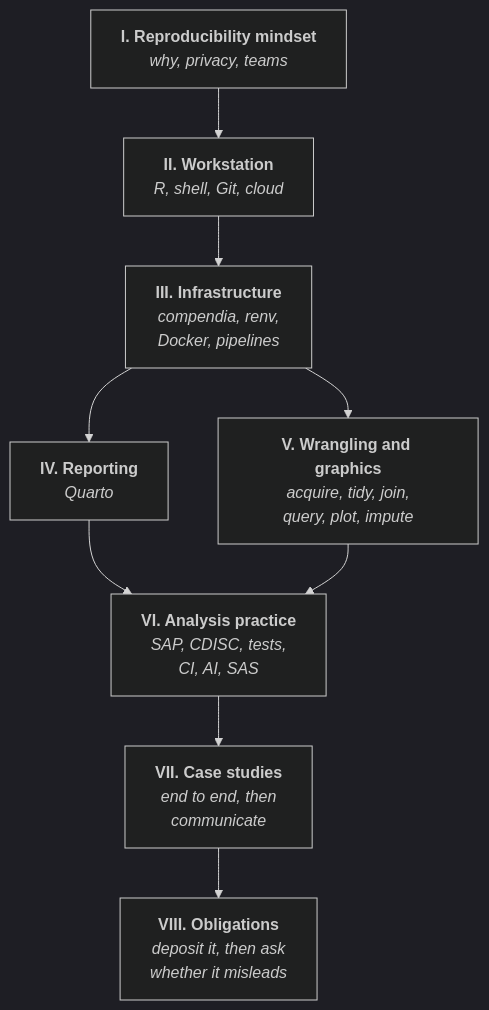
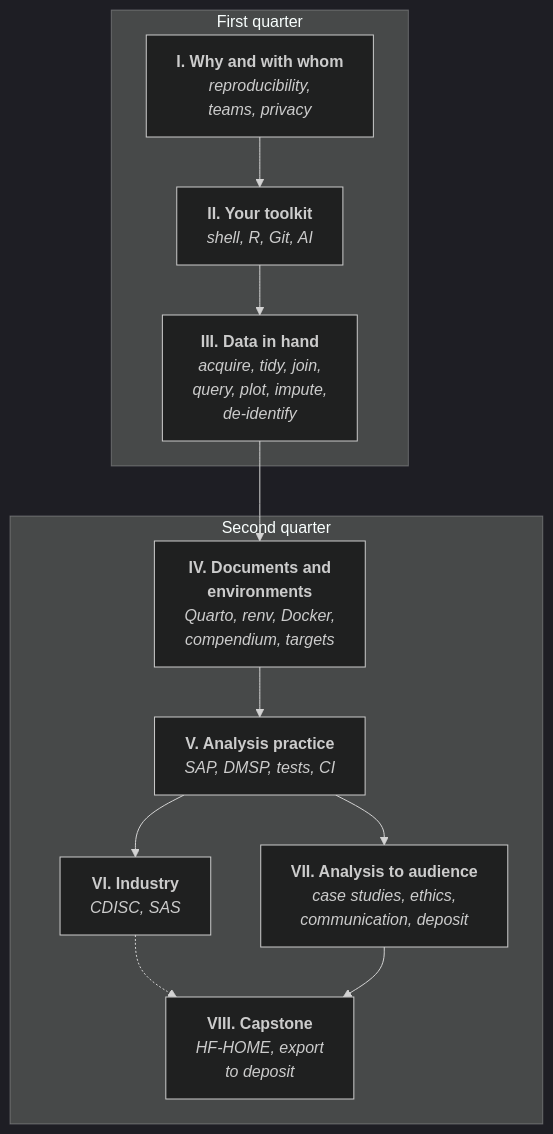
The diagram in analysis/report/00-intro.qmd (rgt47/practicum), drawn with Mermaid (dark theme) before and after one commit. The commit also changed other lines of this file and 103 other files, not shown here.

````diff
--- a/analysis/report/00-intro.qmd
+++ b/analysis/report/00-intro.qmd
@@ -125,30 +101,34 @@
 ```{mermaid}
 %%| echo: false
 %%| label: fig-book-map
-%%| fig-alt: "Flowchart of the book's eight parts as a dependency
-%%|   chain. Mindset leads to Workstation, which leads to
-%%|   Infrastructure. Infrastructure branches to both Reporting and
-%%|   Wrangling and graphics, and those two converge on Analysis
-%%|   practice, which leads to Case studies and finally to
-%%|   Obligations."
+%%| fig-alt: "Flowchart of the book's eight parts in two groups,
+%%|   one per quarter. In the first quarter, Why and with whom leads
+%%|   to Your toolkit, which leads to Data in hand. Data in hand
+%%|   leads into the second quarter at Documents and environments,
+%%|   which leads to Analysis practice. Analysis practice branches
+%%|   to Industry and to Analysis to audience, and both converge on
+%%|   the Capstone."
 %%| fig-cap: "The eight parts of the book and what each depends on.
-%%|   Infrastructure is what makes the mindset operational; reporting
-%%|   is what the infrastructure produces; the analysis practice and
-%%|   the case studies rest on everything above them. The obligations
-%%|   come last because both depositing an artifact and judging
-%%|   whether it misleads presuppose that the artifact exists."
+%%|   The first quarter ends with a dataset you can trust; the
+%%|   second makes the analysis of it rebuildable, defensible, and
+%%|   readable. Industry is a branch that the capstone draws on but
+%%|   does not require; everything else feeds the capstone directly."
 flowchart TD
-  P1["<b>I. Reproducibility mindset</b><br/><i>why, privacy, teams</i>"]
-  P2["<b>II. Workstation</b><br/><i>R, shell, Git, cloud</i>"]
-  P3["<b>III. Infrastructure</b><br/><i>compendia, renv,<br/>Docker, pipelines</i>"]
-  P4["<b>IV. Reporting</b><br/><i>Quarto</i>"]
-  P5["<b>V. Wrangling and graphics</b><br/><i>acquire, tidy, join,<br/>query, plot, impute</i>"]
-  P6["<b>VI. Analysis practice</b><br/><i>SAP, CDISC, tests,<br/>CI, AI, SAS</i>"]
-  P7["<b>VII. Case studies</b><br/><i>end to end, then<br/>communicate</i>"]
-  P8["<b>VIII. Obligations</b><br/><i>deposit it, then ask<br/>whether it misleads</i>"]
-  P1 --> P2 --> P3 --> P4
-  P3 --> P5
-  P4 --> P6
+  subgraph Q1["First quarter"]
+    P1["<b>I. Why and with whom</b><br/><i>reproducibility,<br/>teams, privacy</i>"]
+    P2["<b>II. Your toolkit</b><br/><i>shell, R, Git, AI</i>"]
+    P3["<b>III. Data in hand</b><br/><i>acquire, tidy, join,<br/>query, plot, impute,<br/>de-identify</i>"]
+  end
+  subgraph Q2["Second quarter"]
+    P4["<b>IV. Documents and<br/>environments</b><br/><i>Quarto, renv, Docker,<br/>compendium, targets</i>"]
+    P5["<b>V. Analysis practice</b><br/><i>SAP, DMSP, tests, CI</i>"]
+    P6["<b>VI. Industry</b><br/><i>CDISC, SAS</i>"]
+    P7["<b>VII. Analysis to audience</b><br/><i>case studies, ethics,<br/>communication, deposit</i>"]
+    P8["<b>VIII. Capstone</b><br/><i>HF-HOME, export<br/>to deposit</i>"]
+  end
+  P1 --> P2 --> P3 --> P4 --> P5
   P5 --> P6
-  P6 --> P7 --> P8
+  P5 --> P7
+  P6 -.-> P8
+  P7 --> P8
 ```
````
